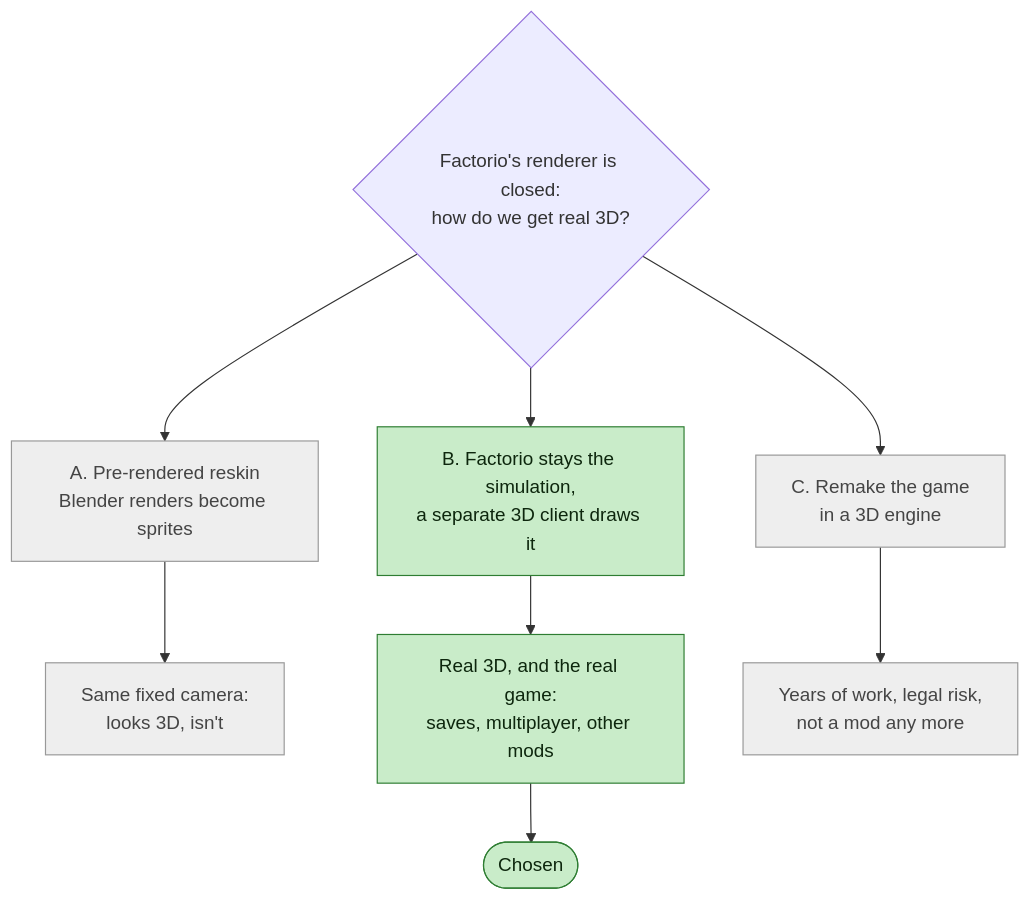
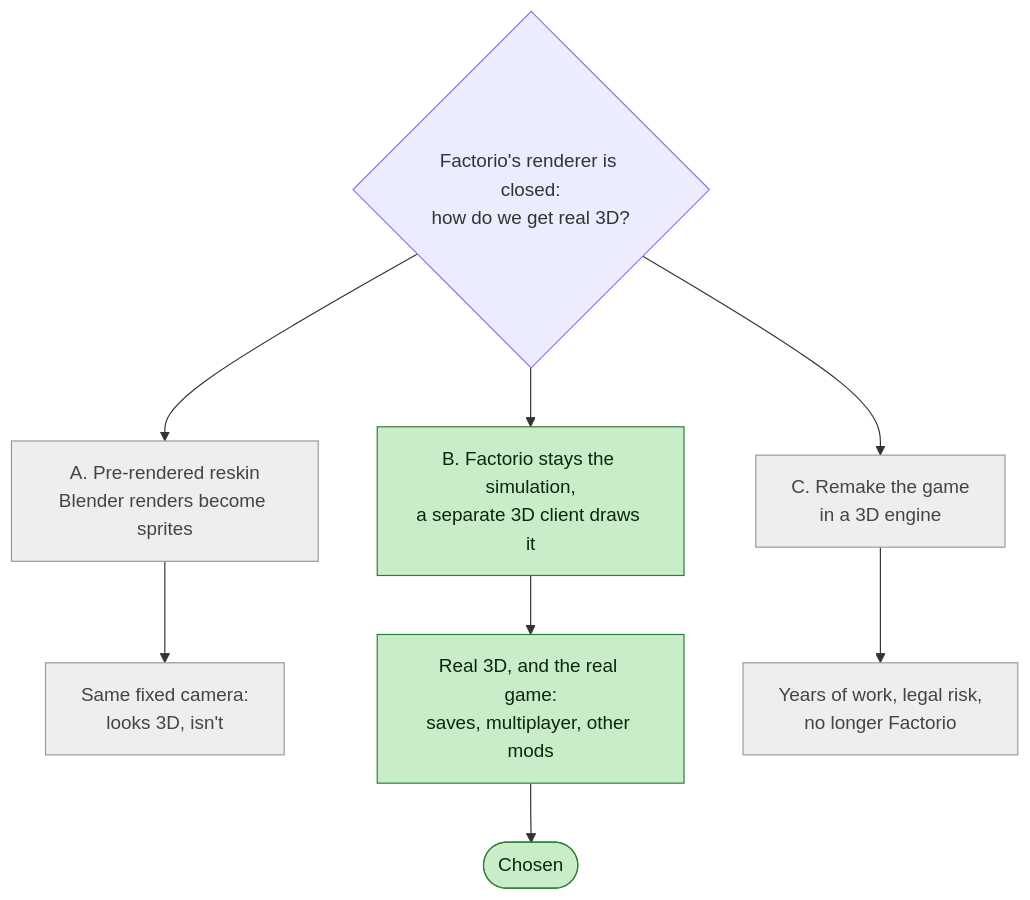
The first of 3 diagrams in docs/PLAN.md (Zenith-3D-Team/Zenith), drawn with Mermaid before and after one commit. The commit also changed other lines of this file and 1999 other files, not shown here.

````diff
--- a/docs/PLAN.md
+++ b/docs/PLAN.md
@@ -20,16 +13,16 @@
 ```mermaid
 flowchart TD
     Q{"Factorio's renderer is closed:<br/>how do we get real 3D?"}
     Q --> A["A. Pre-rendered reskin<br/>Blender renders become sprites"]
     Q --> B["B. Factorio stays the simulation,<br/>a separate 3D client draws it"]
     Q --> C["C. Remake the game<br/>in a 3D engine"]
     A --> A2["Same fixed camera:<br/>looks 3D, isn't"]
     B --> B2["Real 3D, and the real game:<br/>saves, multiplayer, other mods"]
-    C --> C2["Years of work, legal risk,<br/>not a mod any more"]
+    C --> C2["Years of work, legal risk,<br/>no longer Factorio"]
     B2 --> CHOSEN(["Chosen"])
 
     classDef no fill:#eeeeee,stroke:#999,color:#444
     classDef yes fill:#c9ecc9,stroke:#2e7d32,color:#0d260d
     class A,A2,C,C2 no
     class B,B2,CHOSEN yes
 ```
````
